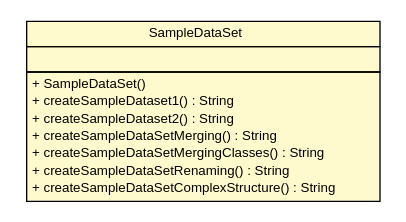
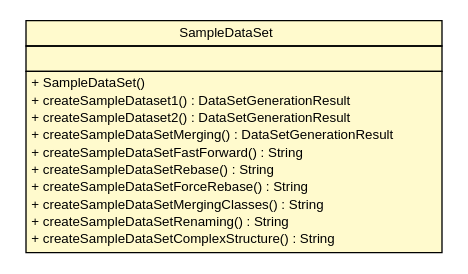
Before and after one commit to adrianorzyszek/r43ples: the diagram in site/apidocs/de/tud/plt/r43ples/management/SampleDataSet.dot, drawn with Graphviz. The commit also changed 612 other files, not shown here.

```diff
--- a/site/apidocs/de/tud/plt/r43ples/management/SampleDataSet.dot
+++ b/site/apidocs/de/tud/plt/r43ples/management/SampleDataSet.dot
@@ -1,30 +1,33 @@
 #!/usr/local/bin/dot
 #
 # Class diagram 
 # Generated by UMLGraph version R5_6-24-gf6e263 (http://www.umlgraph.org/)
 #
 
 digraph G {
 	edge [fontname="Helvetica",fontsize=10,labelfontname="Helvetica",labelfontsize=10];
 	node [fontname="Helvetica",fontsize=10,shape=plaintext];
 	nodesep=0.25;
 	ranksep=0.5;
 	// de.tud.plt.r43ples.management.SampleDataSet
-	c1565 [label=<<table title="de.tud.plt.r43ples.management.SampleDataSet" border="0" cellborder="1" cellspacing="0" cellpadding="2" port="p" bgcolor="lemonChiffon" href="./SampleDataSet.html">
+	c5380 [label=<<table title="de.tud.plt.r43ples.management.SampleDataSet" border="0" cellborder="1" cellspacing="0" cellpadding="2" port="p" bgcolor="lemonChiffon" href="./SampleDataSet.html">
 		<tr><td><table border="0" cellspacing="0" cellpadding="1">
 <tr><td align="center" balign="center"> SampleDataSet </td></tr>
 		</table></td></tr>
 		<tr><td><table border="0" cellspacing="0" cellpadding="1">
 <tr><td align="left" balign="left">  </td></tr>
 		</table></td></tr>
 		<tr><td><table border="0" cellspacing="0" cellpadding="1">
 <tr><td align="left" balign="left"> + SampleDataSet() </td></tr>
-<tr><td align="left" balign="left"> + createSampleDataset1() : String </td></tr>
-<tr><td align="left" balign="left"> + createSampleDataset2() : String </td></tr>
-<tr><td align="left" balign="left"> + createSampleDataSetMerging() : String </td></tr>
+<tr><td align="left" balign="left"> + createSampleDataset1() : DataSetGenerationResult </td></tr>
+<tr><td align="left" balign="left"> + createSampleDataset2() : DataSetGenerationResult </td></tr>
+<tr><td align="left" balign="left"> + createSampleDataSetMerging() : DataSetGenerationResult </td></tr>
+<tr><td align="left" balign="left"> + createSampleDataSetFastForward() : String </td></tr>
+<tr><td align="left" balign="left"> + createSampleDataSetRebase() : String </td></tr>
+<tr><td align="left" balign="left"> + createSampleDataSetForceRebase() : String </td></tr>
 <tr><td align="left" balign="left"> + createSampleDataSetMergingClasses() : String </td></tr>
 <tr><td align="left" balign="left"> + createSampleDataSetRenaming() : String </td></tr>
 <tr><td align="left" balign="left"> + createSampleDataSetComplexStructure() : String </td></tr>
 		</table></td></tr>
 		</table>>, URL="./SampleDataSet.html", fontname="Helvetica", fontcolor="black", fontsize=10.0];
 }
```
